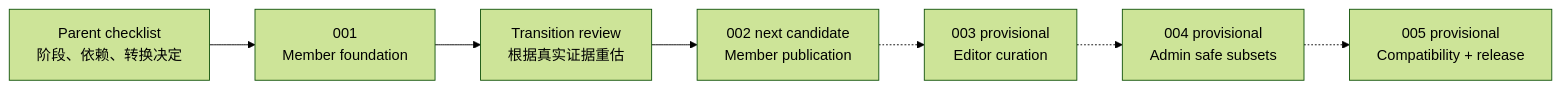
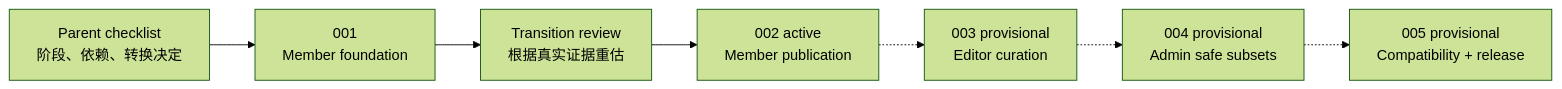
Before and after one commit to lonelyreader/chinaknowledge: the diagram in docs/roadmap/agent-workspace-program.md, drawn with Mermaid (forest theme). The commit also changed other lines of this file and 5 other files, not shown here.

Commit message:
docs(agent): start member publication slice

````diff
--- a/docs/roadmap/agent-workspace-program.md
+++ b/docs/roadmap/agent-workspace-program.md
@@ -21,9 +21,9 @@
 ```mermaid
 flowchart LR
     P["Parent checklist<br/>阶段、依赖、转换决定"] --> A1["001<br/>Member foundation"]
     A1 --> R["Transition review<br/>根据真实证据重估"]
-    R --> A2["002 next candidate<br/>Member publication"]
+    R --> A2["002 active<br/>Member publication"]
     A2 -.-> A3["003 provisional<br/>Editor curation"]
     A3 -.-> A4["004 provisional<br/>Admin safe subsets"]
     A4 -.-> A5["005 provisional<br/>Compatibility + release"]
 ```
````
